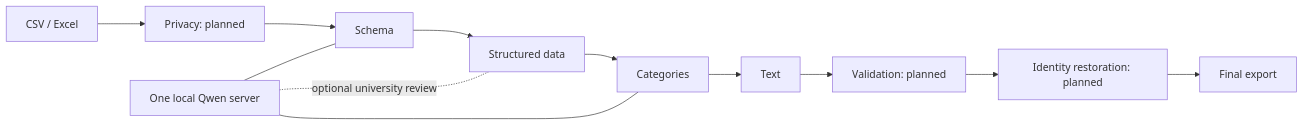
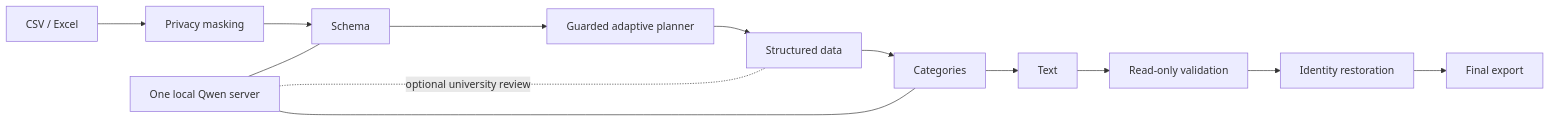
The diagram in docs/architecture.md (muath122/Data_Cleaning_Agent), drawn with Mermaid before and after one commit. The commit also changed other lines of this file and 2 other files, not shown here.

Commit message:
docs: explain five agents and adaptive authority

````diff
--- a/docs/architecture.md
+++ b/docs/architecture.md
@@ -10,14 +10,15 @@
 ```mermaid
 flowchart LR
-    I[CSV / Excel] --> P[Privacy: planned]
+    I[CSV / Excel] --> P[Privacy masking]
     P --> S[Schema]
-    S --> D[Structured data]
+    S --> A[Guarded adaptive planner]
+    A --> D[Structured data]
     D --> C[Categories]
     C --> T[Text]
-    T --> V[Validation: planned]
-    V --> R[Identity restoration: planned]
+    T --> V[Read-only validation]
+    V --> R[Identity restoration]
     R --> O[Final export]
     Q[One local Qwen server] --- S
     Q --- C
     Q -. optional university review .- D
 ```
````
